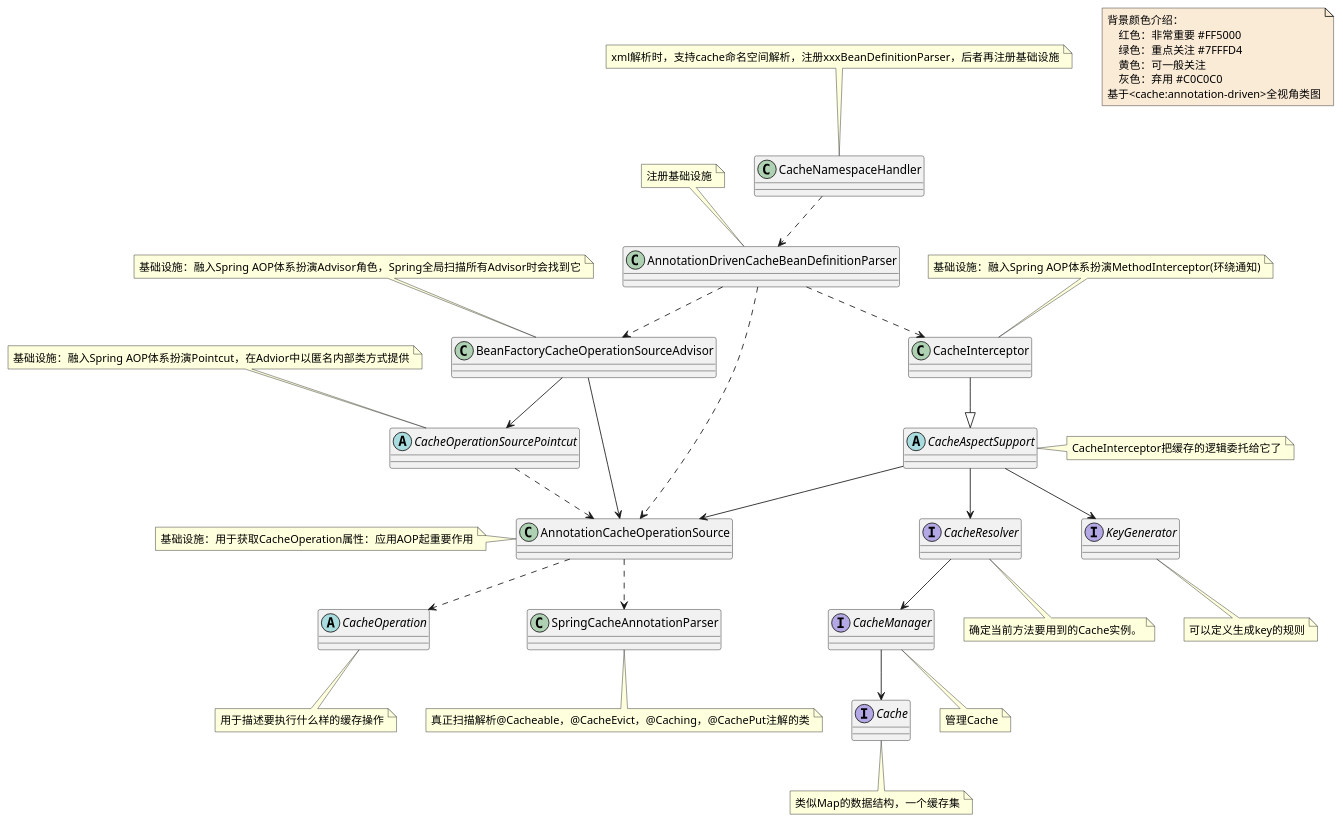
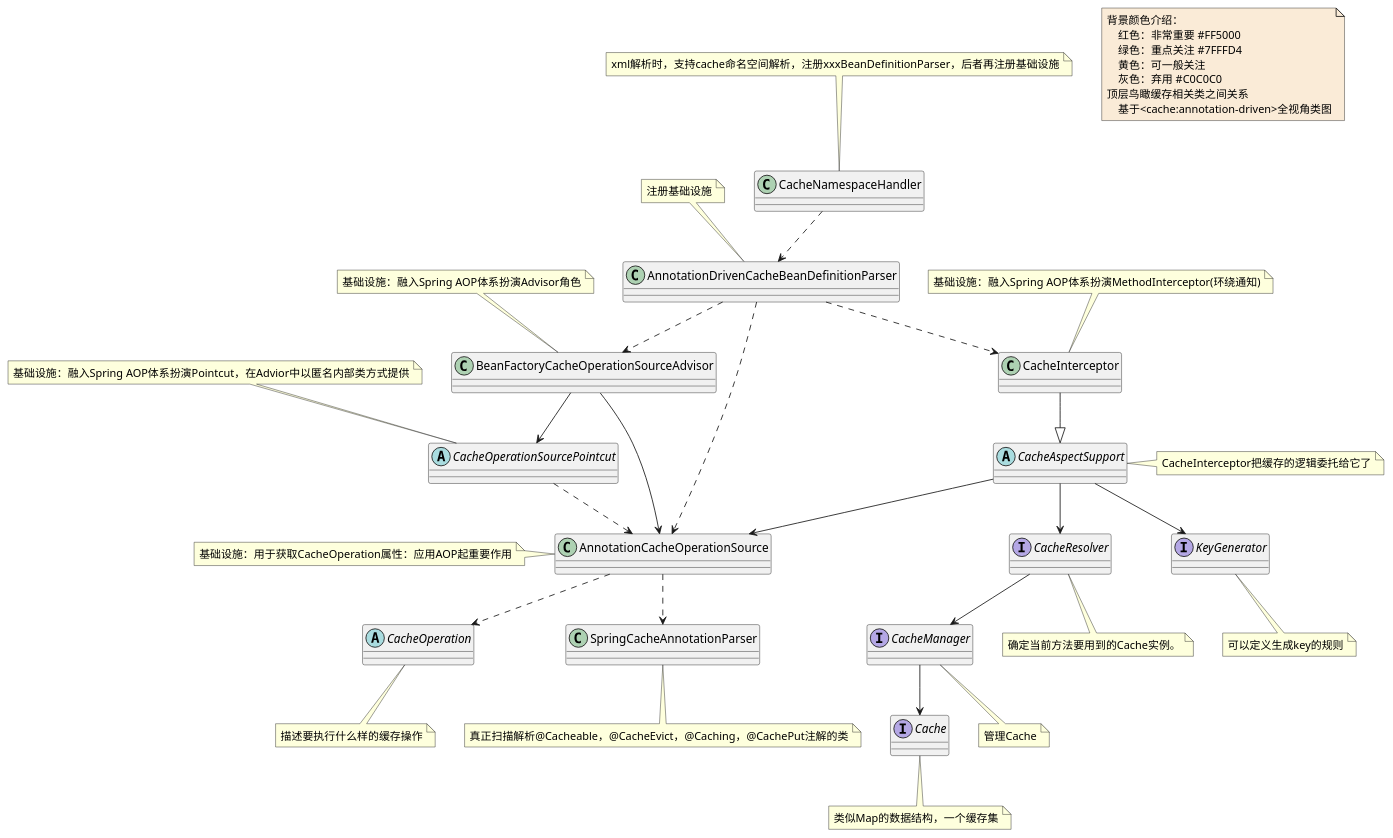
One commit to czwer/learn-spring-code changed the diagram in document/spring/data/class/Top-Aerial-View-Cache-class.puml. Above: the diagram before and after it, drawn with PlantUML. The commit also changed 14 other files, not shown here.

Commit message:
修改缓存类图，时序图

```diff
--- a/document/spring/data/class/Top-Aerial-View-Cache-class.puml
+++ b/document/spring/data/class/Top-Aerial-View-Cache-class.puml
@@ -1,90 +1,91 @@
 @startuml
 
 note  as N1 #FAEBD7
     背景颜色介绍：
         红色：非常重要 #FF5000
         绿色：重点关注 #7FFFD4
         黄色：可一般关注
         灰色：弃用 #C0C0C0
-    基于<cache:annotation-driven>全视角类图
+    顶层鸟瞰缓存相关类之间关系
+        基于<cache:annotation-driven>全视角类图
 end note
 
 
 
 
 class AnnotationCacheOperationSource
 note left : 基础设施：用于获取CacheOperation属性：应用AOP起重要作用
 
 class AnnotationDrivenCacheBeanDefinitionParser
 note top :注册基础设施
 
 class BeanFactoryCacheOperationSourceAdvisor
-note top : 基础设施：融入Spring AOP体系扮演Advisor角色，Spring全局扫描所有Advisor时会找到它
+note top : 基础设施：融入Spring AOP体系扮演Advisor角色
 
 interface Cache
 note bottom : 类似Map的数据结构，一个缓存集
 
 abstract class CacheAspectSupport
 note right : CacheInterceptor把缓存的逻辑委托给它了
 class CacheInterceptor
 note top : 基础设施：融入Spring AOP体系扮演MethodInterceptor(环绕通知)
 
 
 interface CacheManager
 note bottom :管理Cache
 
 class CacheNamespaceHandler
 note top :xml解析时，支持cache命名空间解析，注册xxxBeanDefinitionParser，后者再注册基础设施
 
 
 abstract class CacheOperation
-note bottom : 用于描述要执行什么样的缓存操作
+note bottom : 描述要执行什么样的缓存操作
 
 abstract class CacheOperationSourcePointcut
 note top : 基础设施：融入Spring AOP体系扮演Pointcut，在Advior中以匿名内部类方式提供
 
 interface CacheResolver
 note bottom :确定当前方法要用到的Cache实例。
 
 interface KeyGenerator
 note bottom : 可以定义生成key的规则
 
 class SpringCacheAnnotationParser
 note bottom : 真正扫描解析@Cacheable，@CacheEvict，@Caching，@CachePut注解的类
 
 
 
 AnnotationCacheOperationSource ..> CacheOperation
 AnnotationCacheOperationSource ..> SpringCacheAnnotationParser
 
 
 AnnotationDrivenCacheBeanDefinitionParser ..> AnnotationCacheOperationSource
 AnnotationDrivenCacheBeanDefinitionParser ..> BeanFactoryCacheOperationSourceAdvisor
 AnnotationDrivenCacheBeanDefinitionParser ..> CacheInterceptor
 
 
 
 BeanFactoryCacheOperationSourceAdvisor --> AnnotationCacheOperationSource
 BeanFactoryCacheOperationSourceAdvisor --> CacheOperationSourcePointcut
 
 
 CacheAspectSupport --> AnnotationCacheOperationSource
 CacheAspectSupport --> CacheResolver
 CacheAspectSupport --> KeyGenerator
 
 
 
 CacheInterceptor --|> CacheAspectSupport
 
 
 CacheManager --> Cache
 
 
 CacheNamespaceHandler ..> AnnotationDrivenCacheBeanDefinitionParser
 
 
 CacheOperationSourcePointcut ..> AnnotationCacheOperationSource
 
 CacheResolver --> CacheManager
 
 @enduml
```
